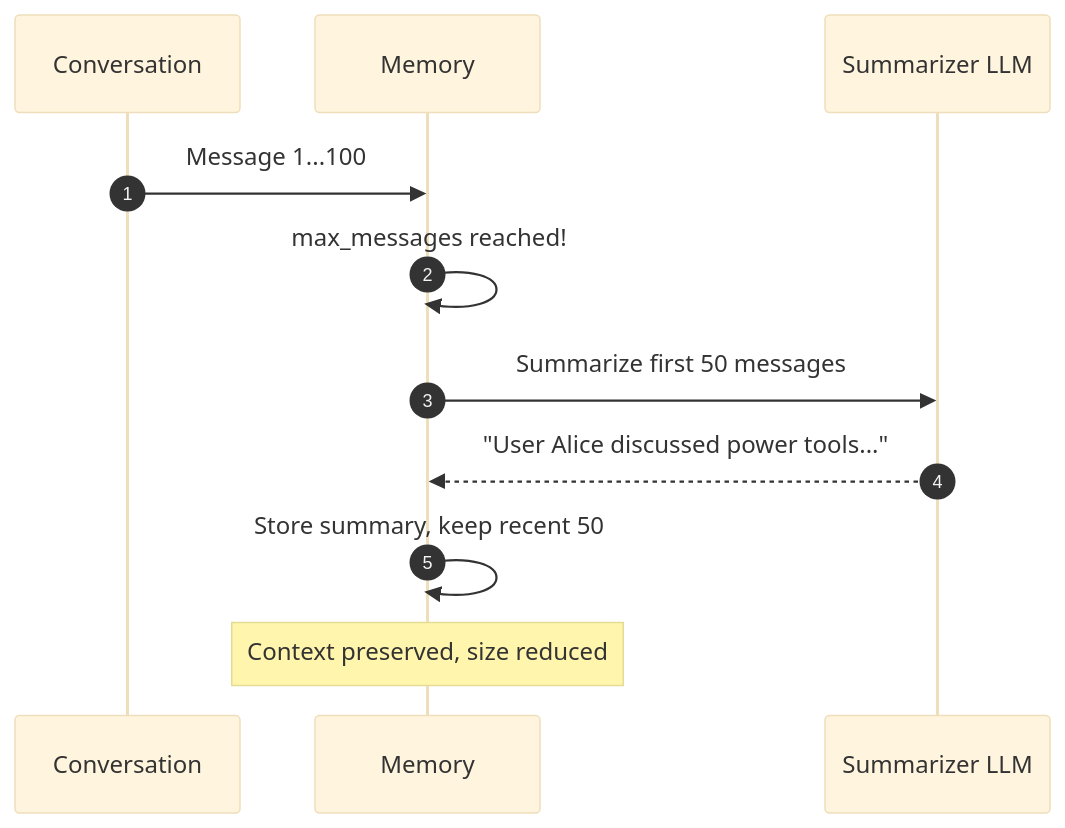
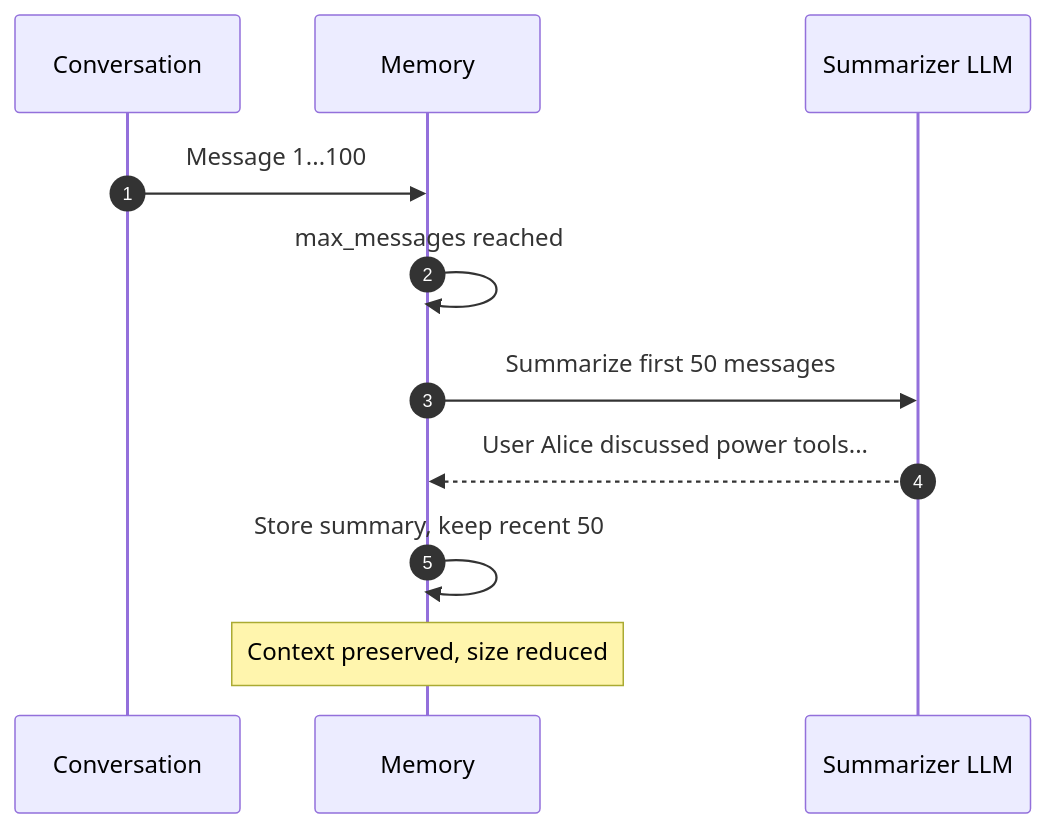
The second of 2 diagrams in config/examples/05_memory/README.md (natefleming/retail-ai), drawn with Mermaid before and after one commit. The commit also changed other lines of this file and 31 other files, not shown here.

````diff
--- a/config/examples/05_memory/README.md
+++ b/config/examples/05_memory/README.md
@@ -187,15 +170,14 @@
 ```mermaid
-%%{init: {'theme': 'base'}}%%
 sequenceDiagram
     autonumber
-    participant 💬 as Conversation
-    participant 🧠 as Memory
-    participant 📝 as Summarizer LLM
+    participant Conv as Conversation
+    participant Mem as Memory
+    participant LLM as Summarizer LLM
 
-    💬->>🧠: Message 1...100
-    🧠->>🧠: max_messages reached!
-    🧠->>📝: Summarize first 50 messages
-    📝-->>🧠: "User Alice discussed power tools..."
-    🧠->>🧠: Store summary, keep recent 50
-    Note over 🧠: Context preserved, size reduced
+    Conv->>Mem: Message 1...100
+    Mem->>Mem: max_messages reached
+    Mem->>LLM: Summarize first 50 messages
+    LLM-->>Mem: User Alice discussed power tools...
+    Mem->>Mem: Store summary, keep recent 50
+    Note over Mem: Context preserved, size reduced
 ```
````
